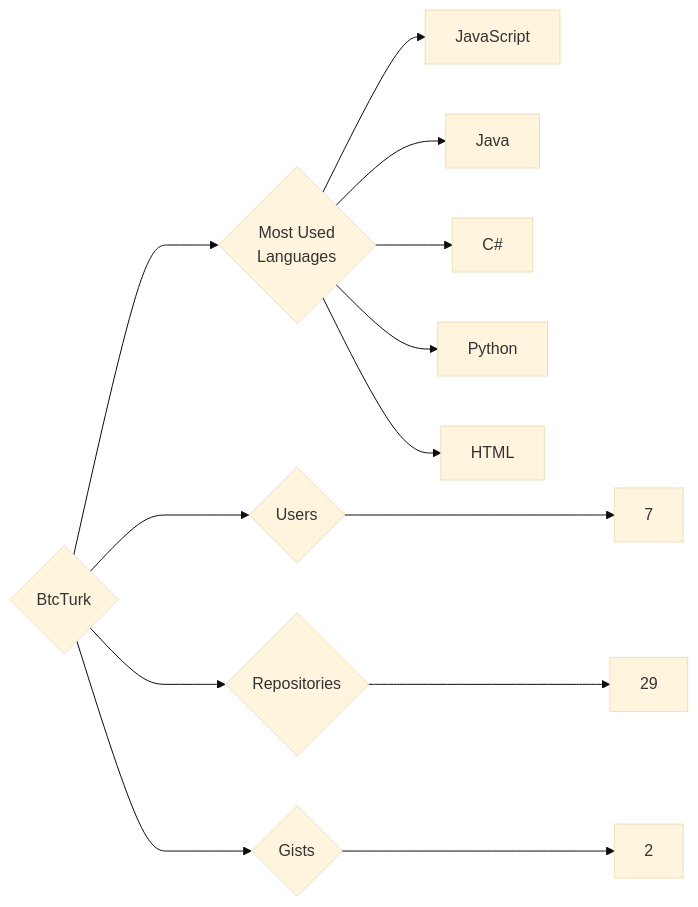
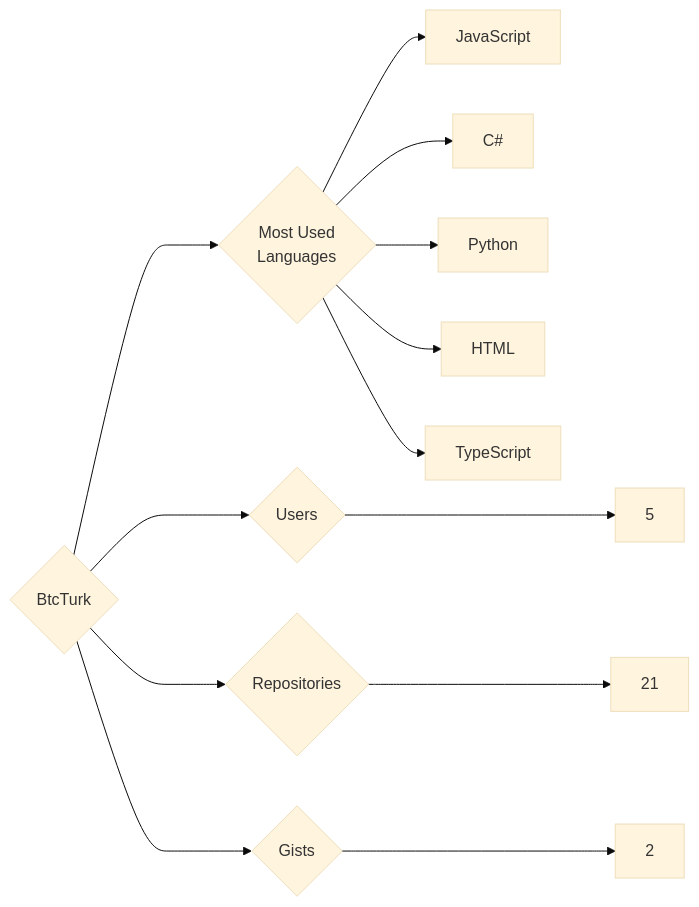
Before and after one commit to trickest/insiders: the diagram in targets/BtcTurk/README.md, drawn with Mermaid (base theme). The commit also changed 1007 other files, not shown here.

````diff
--- a/targets/BtcTurk/README.md
+++ b/targets/BtcTurk/README.md
@@ -3,13 +3,13 @@
 ```mermaid
 graph LR
 COMPANY_NAME{BtcTurk}
-COMPANY_NAME ---> U{Users} ---> UN[7]
-COMPANY_NAME ---> R{Repositories} ---> RN[29]
+COMPANY_NAME ---> U{Users} ---> UN[5]
+COMPANY_NAME ---> R{Repositories} ---> RN[21]
 COMPANY_NAME ---> G{Gists} ---> GN[2]
 COMPANY_NAME ---> ML{Most Used<br>Languages}
 ML --> JavaScript[JavaScript]
-ML --> Java[Java]
 ML --> C#[C#]
 ML --> Python[Python]
 ML --> HTML[HTML]
+ML --> TypeScript[TypeScript]
 ```
````
